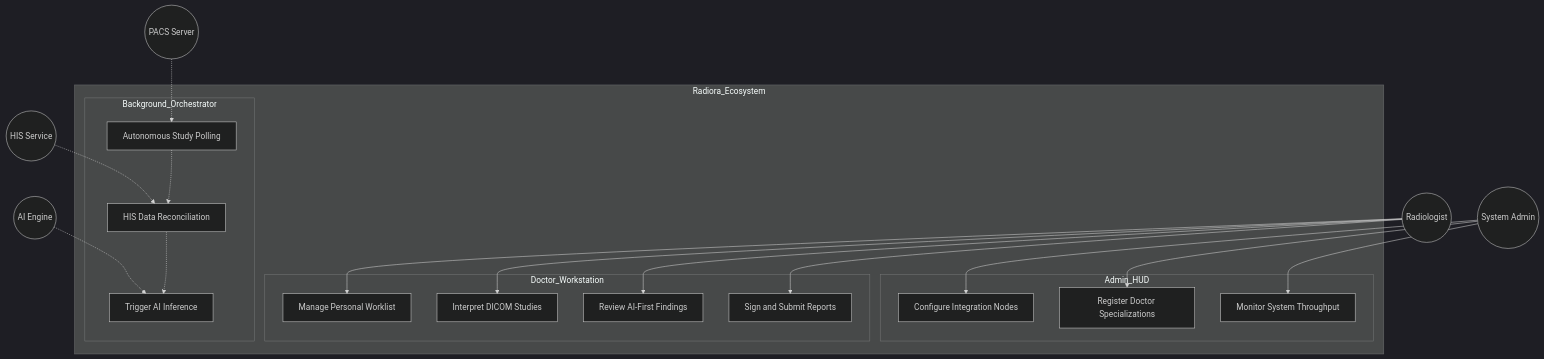
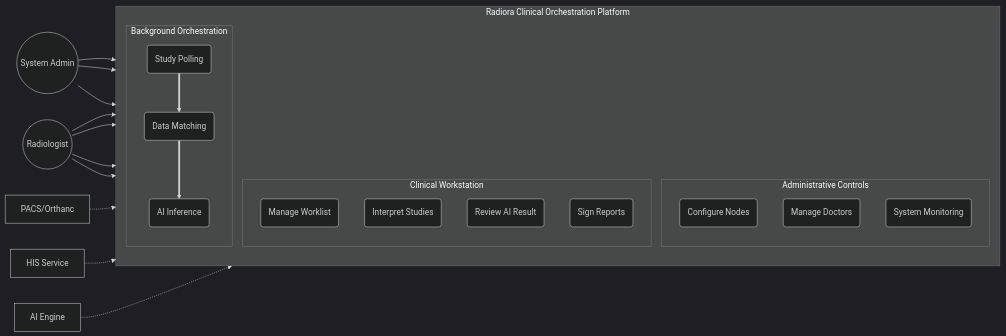
One commit to PixelCoder1246/Coding-Era---Radiora changed the third of 3 diagrams in readme.md. Above: the diagram before and after it, drawn with Mermaid (dark theme). The commit also changed other lines of this file, not shown here.

Commit message:
Fix: Readme Updates with 100% Accuracy

````diff
--- a/readme.md
+++ b/readme.md
@@ -163,39 +175,51 @@
 ```mermaid
-graph TD
-    subgraph Radiora_Ecosystem
-        subgraph Admin_HUD
-            UC1[Configure Integration Nodes]
-            UC2[Register Doctor Specializations]
-            UC3[Monitor System Throughput]
+graph LR
+    %% Actors
+    Admin((System Admin))
+    Doctor((Radiologist))
+    PACS[PACS/Orthanc]
+    HIS[HIS Service]
+    AI[AI Engine]
+
+    subgraph Radiora_Platform [Radiora Clinical Orchestration Platform]
+        direction TB
+        subgraph Admin_Use_Cases [Administrative Controls]
+            UC1(Configure Nodes)
+            UC2(Manage Doctors)
+            UC3(System Monitoring)
         end
         
-        subgraph Doctor_Workstation
-            UC4[Manage Personal Worklist]
-            UC5[Interpret DICOM Studies]
-            UC6[Review AI-First Findings]
-            UC7[Sign and Submit Reports]
+        subgraph Doctor_Use_Cases [Clinical Workstation]
+            UC4(Manage Worklist)
+            UC5(Interpret Studies)
+            UC6(Review AI Result)
+            UC7(Sign Reports)
         end
         
-        subgraph Background_Orchestrator
-            UC8[Autonomous Study Polling]
-            UC9[HIS Data Reconciliation]
-            UC10[Trigger AI Inference]
+        subgraph System_Processes [Background Orchestration]
+            UC8(Study Polling)
+            UC9(Data Matching)
+            UC10(AI Inference)
         end
     end
 
-    Admin((System Admin)) --> UC1
+    %% Admin Interactions
+    Admin --> UC1
     Admin --> UC2
     Admin --> UC3
     
-    Doctor((Radiologist)) --> UC4
+    %% Doctor Interactions
+    Doctor --> UC4
     Doctor --> UC5
     Doctor --> UC6
     Doctor --> UC7
     
-    Orthanc((PACS Server)) -.-> UC8
-    HIS((HIS Service)) -.-> UC9
-    AI_Service((AI Engine)) -.-> UC10
+    %% External System Interactions
+    PACS -.-> UC8
+    HIS -.-> UC9
+    AI -.-> UC10
     
-    UC8 -.-> UC9
-    UC9 -.-> UC10
+    %% Internal Dependency Flows
+    UC8 ==> UC9
+    UC9 ==> UC10
 ```
````
